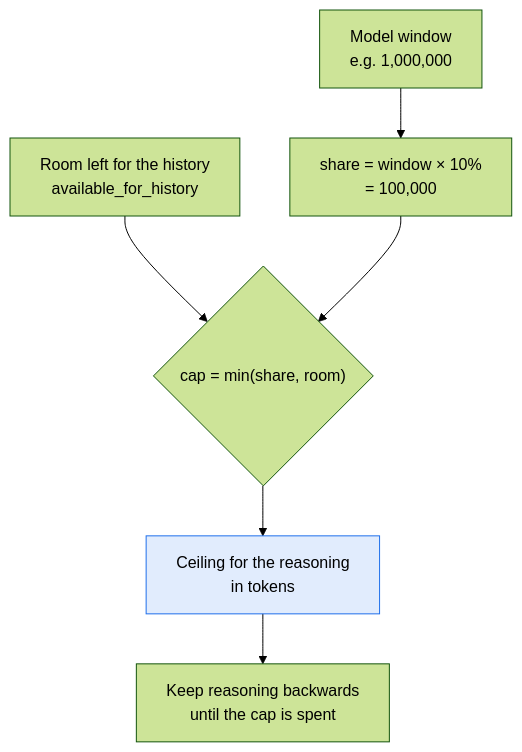
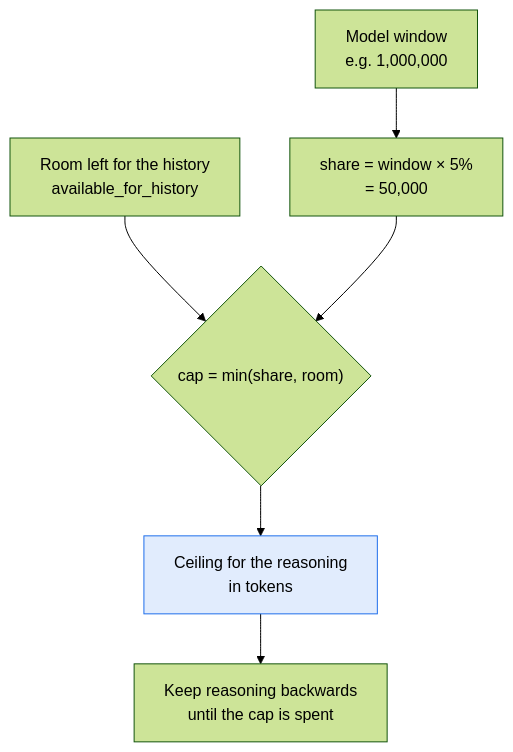
Before and after one commit to GabrielMartinMoran/sigil: diagram 12 of 13 in docs/context.md, drawn with Mermaid (forest theme). The commit also changed other lines of this file and 18 other files, not shown here.

````diff
--- a/docs/context.md
+++ b/docs/context.md
@@ -430,10 +430,10 @@
 ```mermaid
 flowchart TD
-    W["Model window<br/>e.g. 1,000,000"] --> SHARE["share = window × 10%<br/>= 100,000"]
+    W["Model window<br/>e.g. 1,000,000"] --> SHARE["share = window × 5%<br/>= 50,000"]
     A["Room left for the history<br/>available_for_history"] --> CAP
     SHARE --> CAP{"cap = min(share, room)"}
     CAP --> RESULT["Ceiling for the reasoning<br/>in tokens"]
     RESULT --> KEEP["Keep reasoning backwards<br/>until the cap is spent"]
 
     style RESULT fill:#1f6feb22,stroke:#1f6feb
 ```
````
